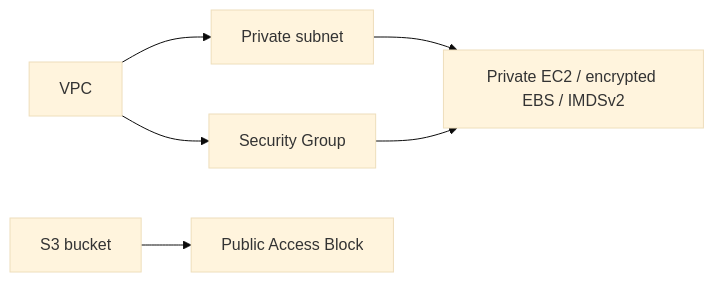
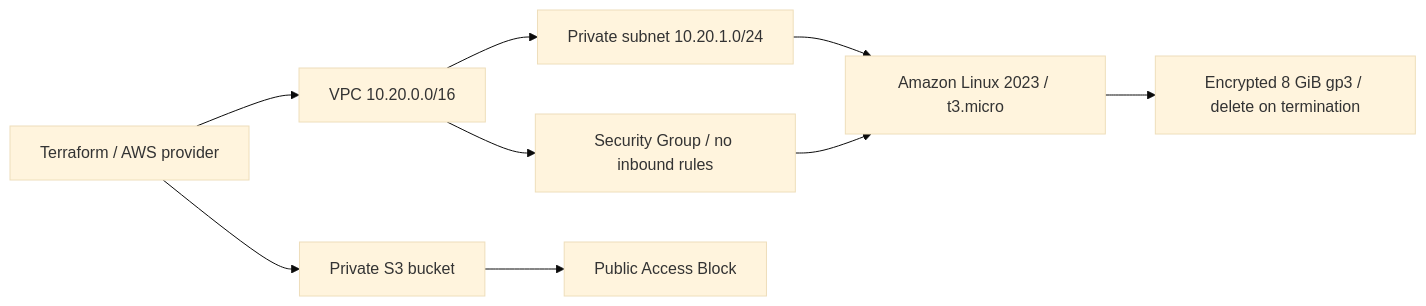
Before and after one commit to NoteLegend/DevOps-Assignments: the diagram in Assignment-18-Session-19/terraform-project/README.md, drawn with Mermaid (base theme). The commit also changed other lines of this file and 231 other files, not shown here.

````diff
--- a/Assignment-18-Session-19/terraform-project/README.md
+++ b/Assignment-18-Session-19/terraform-project/README.md
@@ -20,8 +9,11 @@
 ```mermaid
 flowchart LR
-  V[VPC] --> S[Private subnet]
-  V --> G[Security Group]
-  S --> E[Private EC2 / encrypted EBS / IMDSv2]
+  T[Terraform / AWS provider] --> V[VPC 10.20.0.0/16]
+  V --> N[Private subnet 10.20.1.0/24]
+  V --> G[Security Group / no inbound rules]
+  N --> E[Amazon Linux 2023 / t3.micro]
   G --> E
-  B[S3 bucket] --> P[Public Access Block]
+  E --> D[Encrypted 8 GiB gp3 / delete on termination]
+  T --> S[Private S3 bucket]
+  S --> B[Public Access Block]
 ```
````
